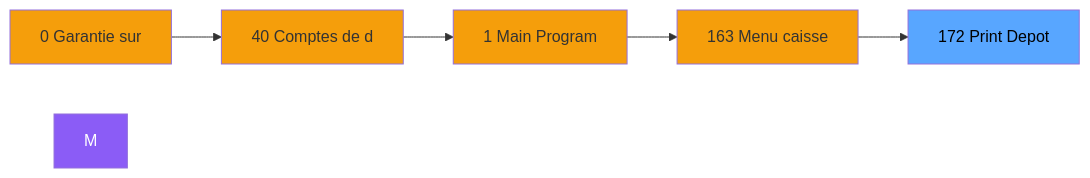
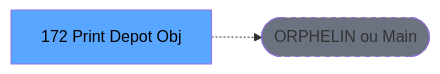
Before and after one commit to thonyAGP/lecteur-magic: the second of 3 diagrams in .openspec/specs/ADH-IDE-172.md, drawn with Mermaid. The commit also changed other lines of this file and 701 other files, not shown here.

````diff
--- a/.openspec/specs/ADH-IDE-172.md
+++ b/.openspec/specs/ADH-IDE-172.md
@@ -118,18 +122,8 @@
 ```mermaid
 graph LR
-    N0[0 Garantie sur]
-    N40[40 Comptes de d]
-    N1[1 Main Program]
-    N163[163 Menu caisse ]
-    T[172 Print Depot ]
-    N0 --> N40
-    N40 --> N1
-    N1 --> N163
-    N163 --> T
-    style M fill:#8b5cf6,color:#fff
-    style N0 fill:#f59e0b
-    style N40 fill:#f59e0b
-    style N1 fill:#f59e0b
-    style N163 fill:#f59e0b
+    T[172 Print Depot Obj]
+    ORPHAN([ORPHELIN ou Main])
+    T -.-> ORPHAN
     style T fill:#58a6ff,color:#000
+    style ORPHAN fill:#6b7280,stroke-dasharray: 5 5
 ```
````
